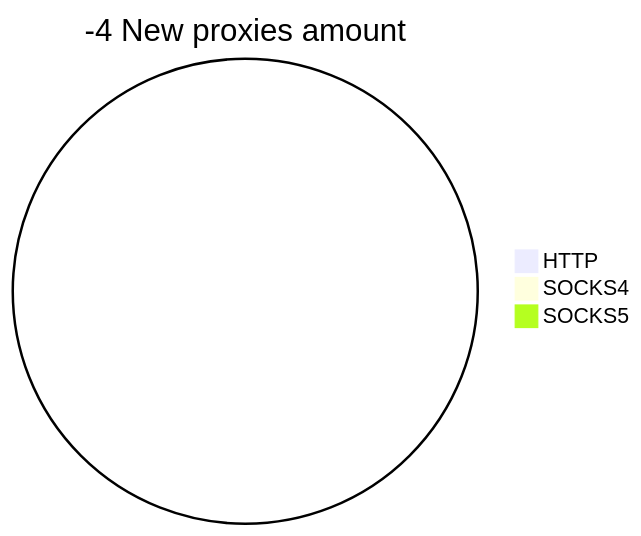
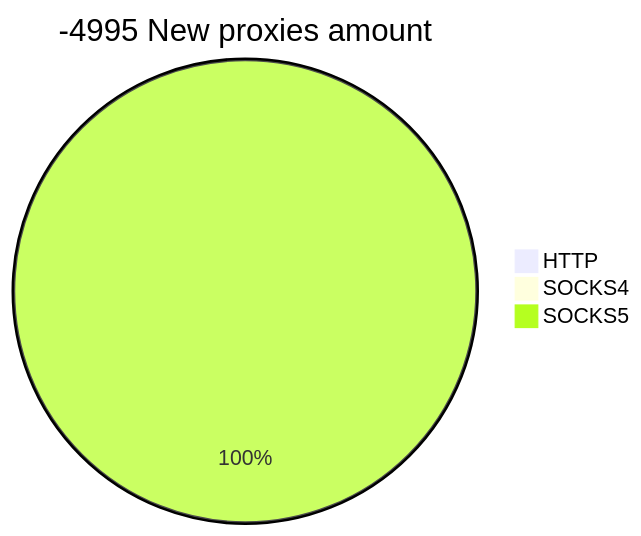
Before and after one commit to cutipu/proxylist: the second of 2 diagrams in README.md, drawn with Mermaid. The commit also changed other lines of this file, not shown here.

````diff
--- a/README.md
+++ b/README.md
@@ -10,6 +10,6 @@
 ```mermaid
-pie title -4 New proxies amount
+pie title -4995 New proxies amount
     "HTTP" : 0
     "SOCKS4" : 0
-    "SOCKS5" : 0
+    "SOCKS5" : 20
 ```
````
